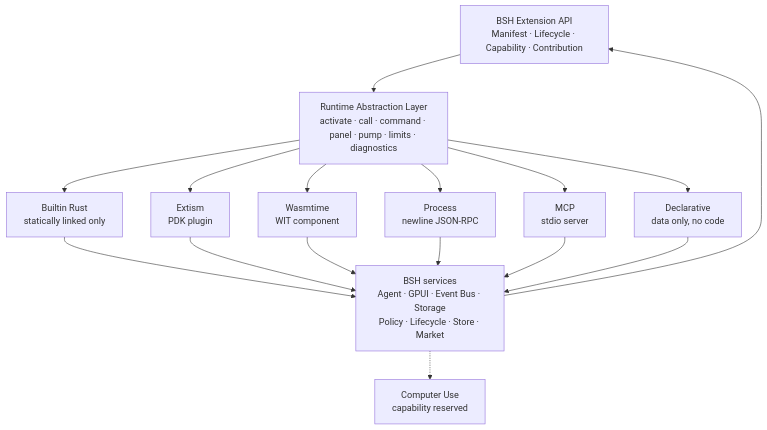
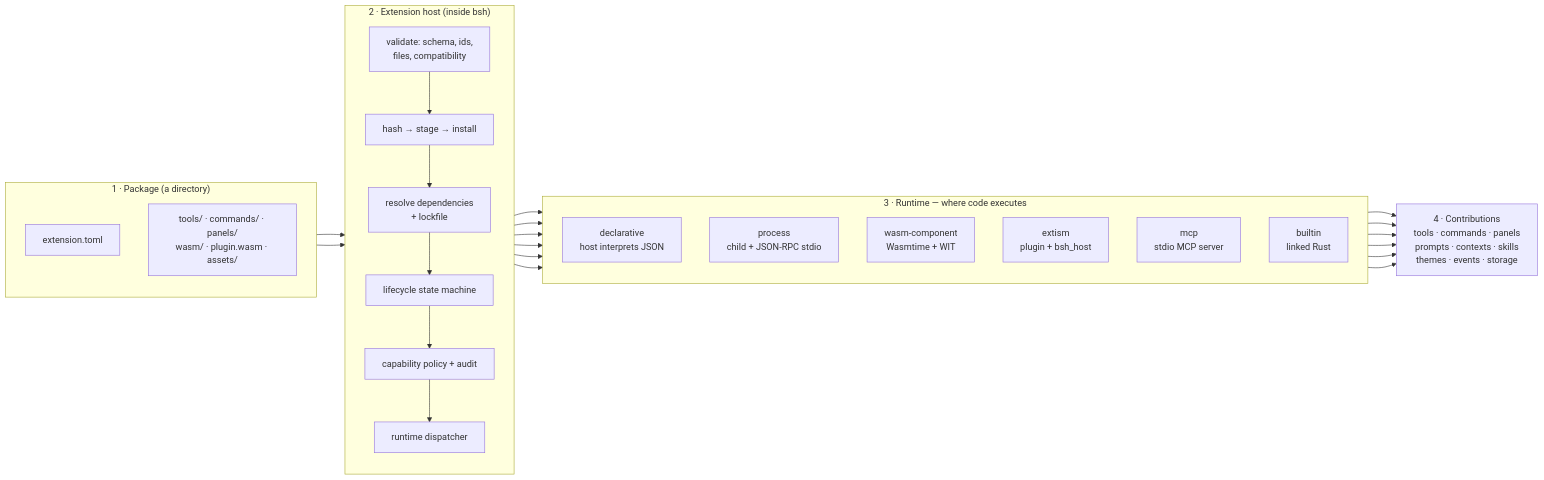
Before and after one commit to open1s/bos: the first of 3 diagrams in docs/BOS-BSH-Textbook.md, drawn with Mermaid. The commit also changed other lines of this file and 29 other files, not shown here.

Commit message:
docs: review and fix the BSH extension framework, rewrite the textbook

````diff
--- a/docs/BOS-BSH-Textbook.md
+++ b/docs/BOS-BSH-Textbook.md
@@ -366,28 +93,52 @@
 ```mermaid
-flowchart TB
-  API["BSH Extension API<br/>Manifest · Lifecycle · Capability · Contribution"]
-  RA["Runtime Abstraction Layer<br/>activate · call · command · panel · pump · limits · diagnostics"]
-  B["Builtin Rust<br/>statically linked only"]
-  E["Extism<br/>PDK plugin"]
-  W["Wasmtime<br/>WIT component"]
-  P["Process<br/>newline JSON-RPC"]
-  M["MCP<br/>stdio server"]
-  D["Declarative<br/>data only, no code"]
-  S["BSH services<br/>Agent · GPUI · Event Bus · Storage<br/>Policy · Lifecycle · Store · Market"]
-  CU["Computer Use<br/>capability reserved"]
-  API --> RA
-  RA --> B
-  RA --> E
-  RA --> W
-  RA --> P
-  RA --> M
-  RA --> D
-  B --> S
-  E --> S
-  W --> S
-  P --> S
-  M --> S
-  D --> S
-  S -.-> CU
-  S --> API
+flowchart LR
+    subgraph SOURCE["1 · Package (a directory)"]
+        direction TB
+        MANIFEST["extension.toml"]
+        FILES["tools/ · commands/ · panels/<br/>wasm/ · plugin.wasm · assets/"]
+    end
+
+    subgraph HOST["2 · Extension host (inside bsh)"]
+        direction TB
+        VALIDATE["validate: schema, ids,<br/>files, compatibility"]
+        STORE["hash → stage → install"]
+        RESOLVE["resolve dependencies<br/>+ lockfile"]
+        LIFE["lifecycle state machine"]
+        POLICY["capability policy + audit"]
+        DISPATCH["runtime dispatcher"]
+    end
+
+    subgraph RUN["3 · Runtime — where code executes"]
+        direction TB
+        DECL["declarative<br/>host interprets JSON"]
+        PROC["process<br/>child + JSON-RPC stdio"]
+        WASM["wasm-component<br/>Wasmtime + WIT"]
+        EXT["extism<br/>plugin + bsh_host"]
+        MCP["mcp<br/>stdio MCP server"]
+        BUILT["builtin<br/>linked Rust"]
+    end
+
+    SURFACES["4 · Contributions<br/>tools · commands · panels<br/>prompts · contexts · skills<br/>themes · events · storage"]
+
+    MANIFEST --> VALIDATE
+    FILES --> VALIDATE
+    VALIDATE --> STORE
+    STORE --> RESOLVE
+    RESOLVE --> LIFE
+    LIFE --> POLICY
+    POLICY --> DISPATCH
+
+    DISPATCH --> DECL
+    DISPATCH --> PROC
+    DISPATCH --> WASM
+    DISPATCH --> EXT
+    DISPATCH --> MCP
+    DISPATCH --> BUILT
+
+    DECL --> SURFACES
+    PROC --> SURFACES
+    WASM --> SURFACES
+    EXT --> SURFACES
+    MCP --> SURFACES
+    BUILT --> SURFACES
 ```
````
